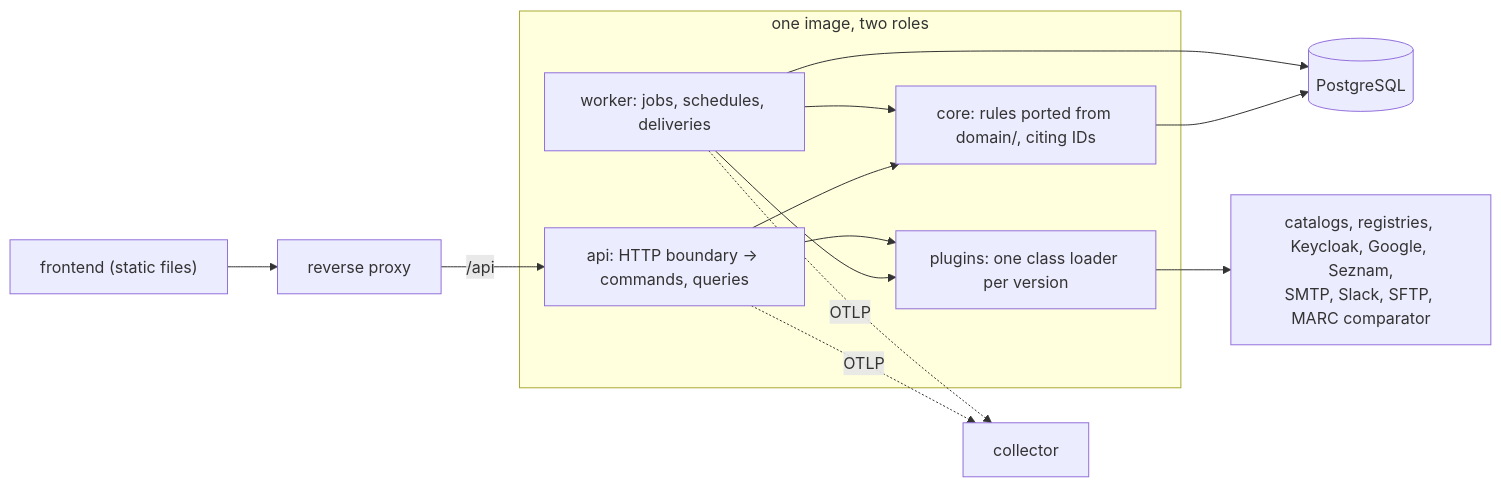
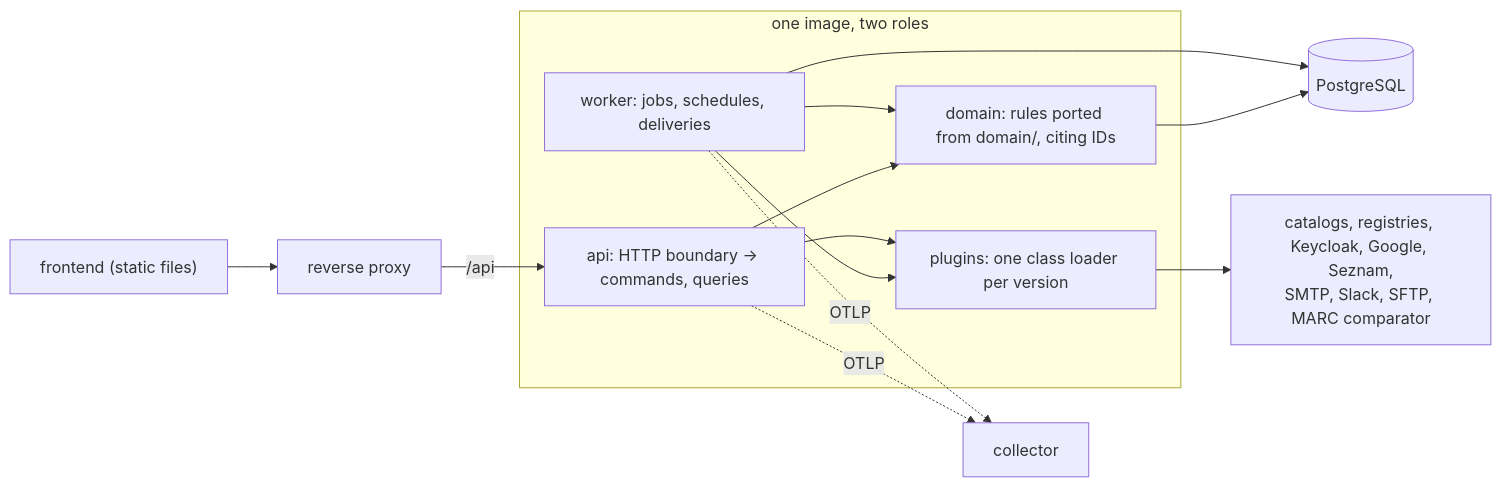
Before and after one commit to moravianlibrary/vera: the diagram in docs/develop/backend.md, drawn with Mermaid. The commit also changed other lines of this file, not shown here.

````diff
--- a/docs/develop/backend.md
+++ b/docs/develop/backend.md
@@ -26,18 +26,18 @@
 ```mermaid
 flowchart LR
   FE["frontend (static files)"] --> PROXY["reverse proxy"]
   PROXY -->|"/api"| API
   subgraph app ["one image, two roles"]
     API["api: HTTP boundary → commands, queries"]
     WORKER["worker: jobs, schedules, deliveries"]
-    API --> CORE["core: rules ported from domain/, citing IDs"]
+    API --> CORE["domain: rules ported from domain/, citing IDs"]
     WORKER --> CORE
     WORKER --> PLUGINS["plugins: one class loader per version"]
     API --> PLUGINS
   end
   CORE --> PG[("PostgreSQL")]
   WORKER --> PG
   PLUGINS --> OUT["catalogs, registries, Keycloak, Google, Seznam,<br/>SMTP, Slack, SFTP, MARC comparator"]
   API -. OTLP .-> OTEL["collector"]
   WORKER -. OTLP .-> OTEL
 ```
````
